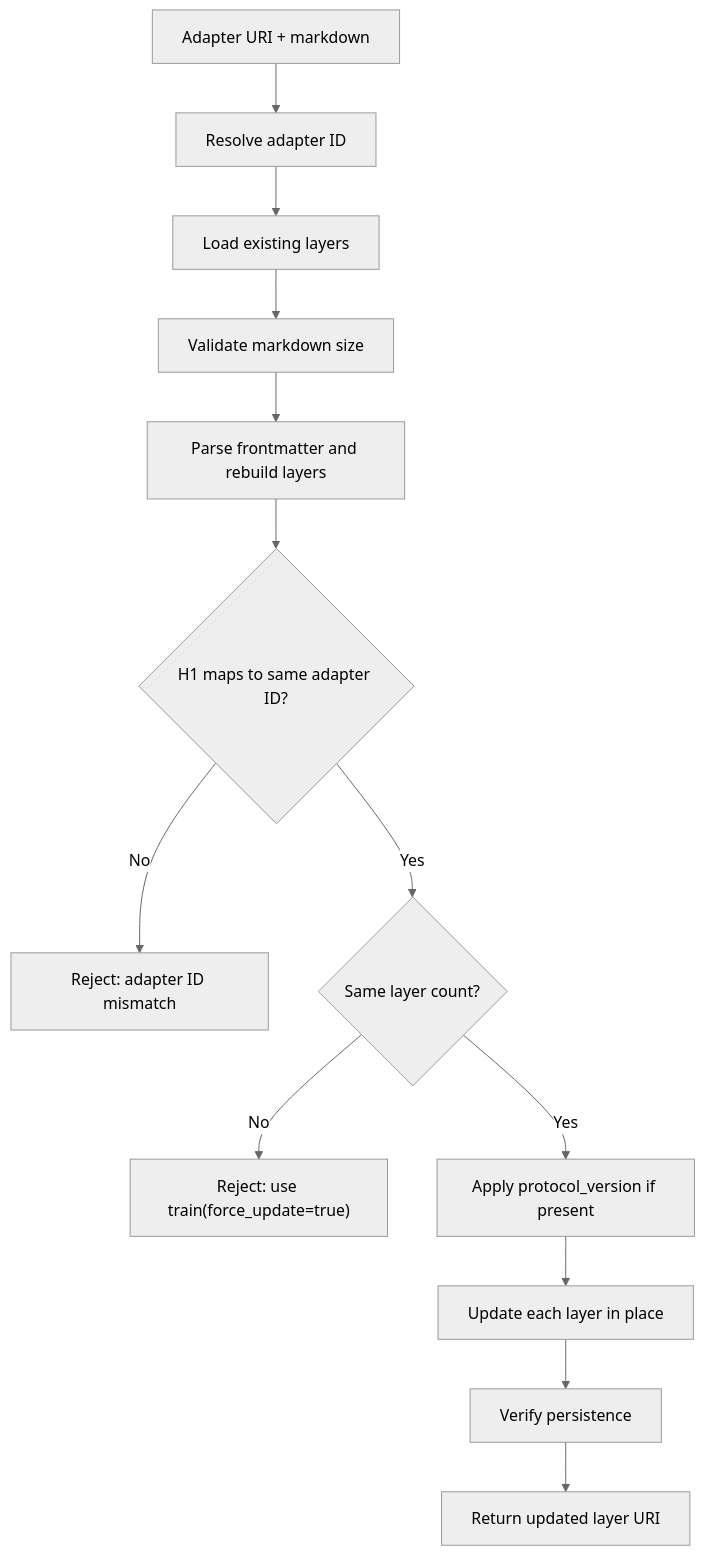
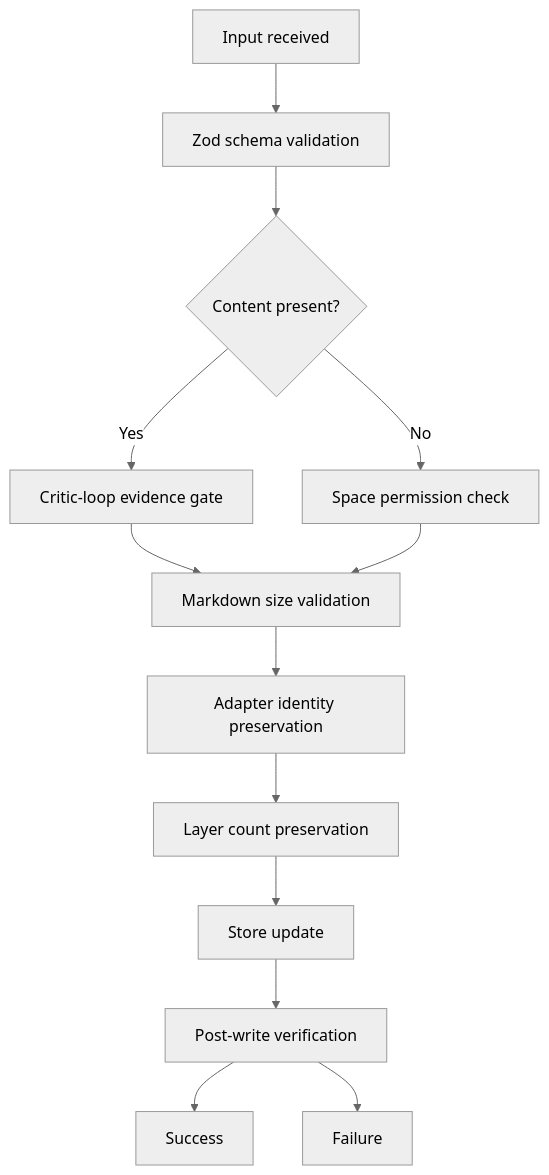
Before and after one commit to SquadRules/mcp: the fourth of 6 diagrams in .qoder/repowiki/en/content/MCP Tools Reference/Tune Tool.md, drawn with Mermaid (neutral theme). The commit also changed other lines of this file and 553 other files, not shown here.

````diff
--- a/.qoder/repowiki/en/content/MCP Tools Reference/Tune Tool.md
+++ b/.qoder/repowiki/en/content/MCP Tools Reference/Tune Tool.md
@@ -201,15 +224,15 @@
 ```mermaid
 flowchart TD
-A["Adapter URI + markdown"] --> B["Resolve adapter ID"]
-B --> C["Load existing layers"]
-C --> D["Validate markdown size"]
-D --> E["Parse frontmatter and rebuild layers"]
-E --> F{"H1 maps to same adapter ID?"}
-F --> |No| ErrorA["Reject: adapter ID mismatch"]
-F --> |Yes| G{"Same layer count?"}
-G --> |No| ErrorB["Reject: use train(force_update=true)"]
-G --> |Yes| H["Apply protocol_version if present"]
-H --> I["Update each layer in place"]
-I --> J["Verify persistence"]
-J --> K["Return updated layer URI"]
+Input["Input received"] --> Schema["Zod schema validation"]
+Schema --> Evidence{"Content present?"}
+Evidence --> |Yes| ReviewGate["Critic-loop evidence gate"]
+Evidence --> |No| SpaceCheck["Space permission check"]
+ReviewGate --> SizeLimit["Markdown size validation"]
+SpaceCheck --> SizeLimit
+SizeLimit --> Identity["Adapter identity preservation"]
+Identity --> Layers["Layer count preservation"]
+Layers --> Persist["Store update"]
+Persist --> Verify["Post-write verification"]
+Verify --> Success["Success"]
+Verify --> Fail["Failure"]
 ```
````
